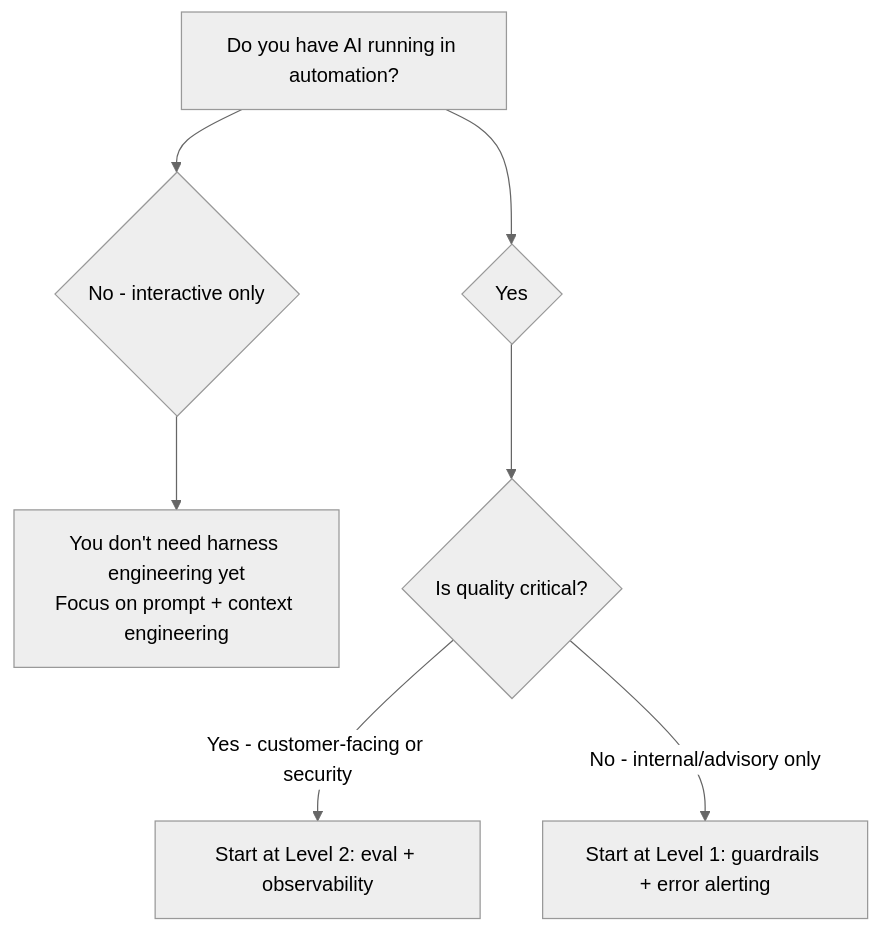
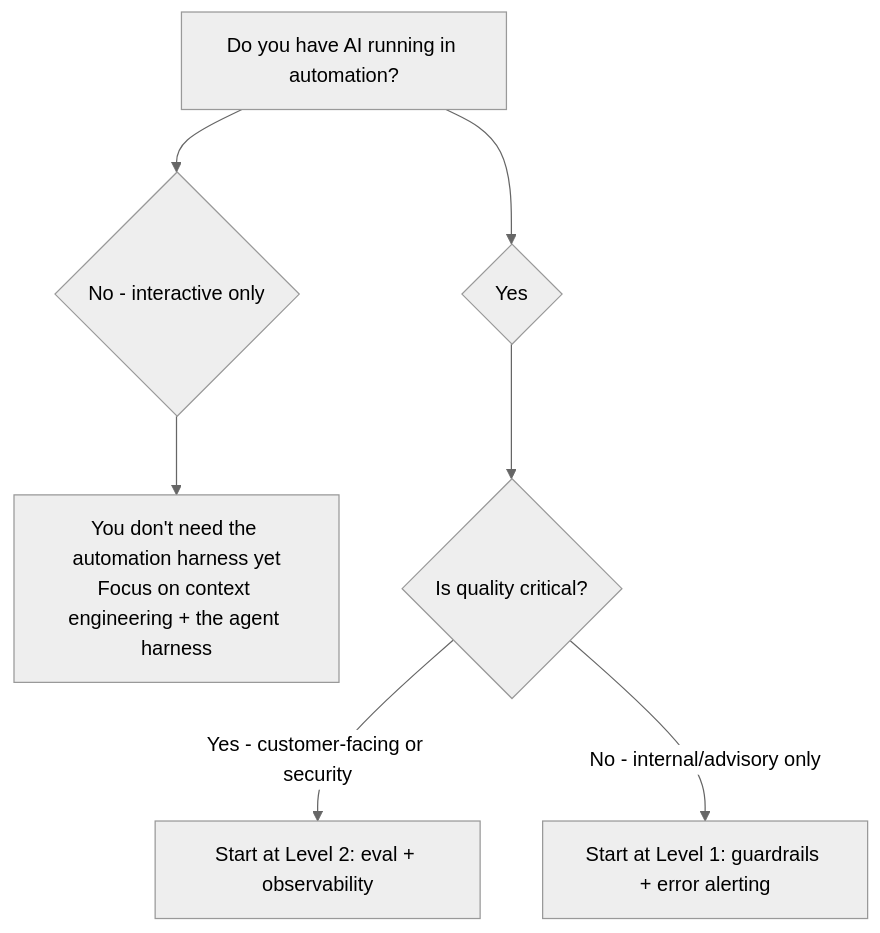
The fourth of 4 diagrams in ai-engineering-practices/harness-engineering.md (bernardmendonca/ai-engineering-playbook), drawn with Mermaid (neutral theme) before and after one commit. The commit also changed other lines of this file and 53 other files, not shown here.

````diff
--- a/ai-engineering-practices/harness-engineering.md
+++ b/ai-engineering-practices/harness-engineering.md
@@ -225,9 +256,9 @@
 ```mermaid
 flowchart TD
     A[Do you have AI running in automation?] --> B{Yes}
     A --> C{No - interactive only}
-    C --> D[You don't need harness engineering yet<br/>Focus on prompt + context engineering]
+    C --> D[You don't need the automation harness yet<br/>Focus on context engineering + the agent harness]
     B --> E{Is quality critical?}
     E -->|Yes - customer-facing or security| F[Start at Level 2: eval + observability]
     E -->|No - internal/advisory only| G[Start at Level 1: guardrails + error alerting]
 ```
````
